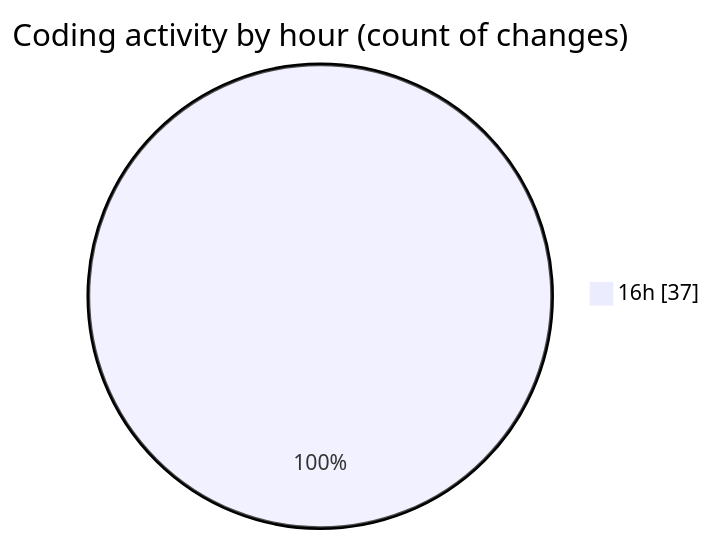
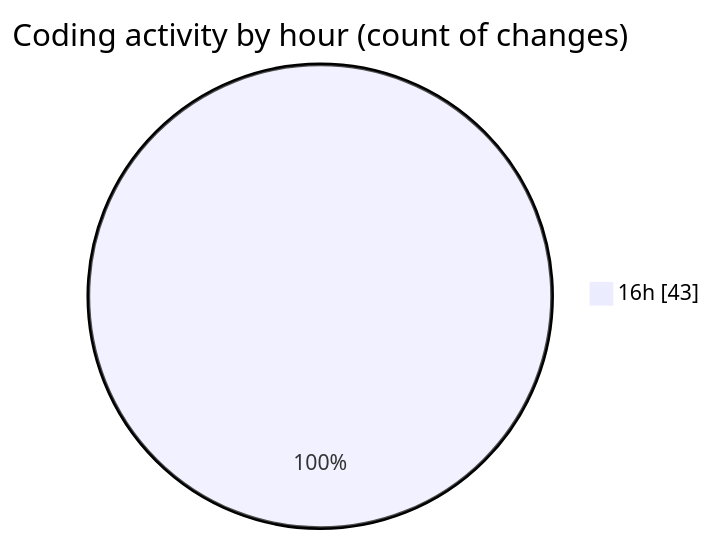
The second of 2 diagrams in 2026-07-31/broadcaster-playout-dashboard/README.md (momahboobian/code-tracking), drawn with Mermaid before and after one commit. The commit also changed other lines of this file and 1 other file, not shown here.

````diff
--- a/2026-07-31/broadcaster-playout-dashboard/README.md
+++ b/2026-07-31/broadcaster-playout-dashboard/README.md
@@ -40,5 +42,5 @@
 ```mermaid
 pie showData
 title Coding activity by hour (count of changes)
-"16h" : 37
+"16h" : 43
 ```
````
